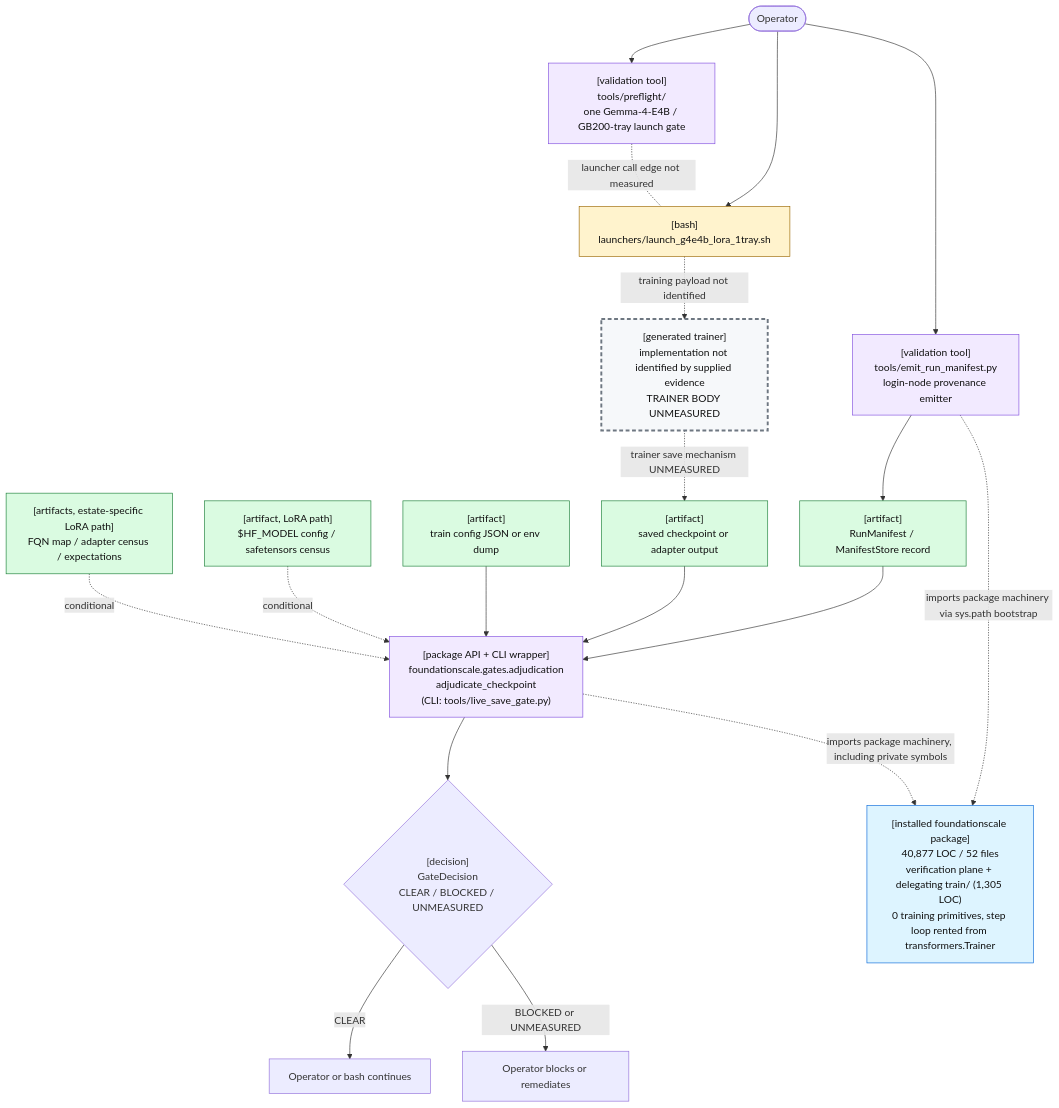
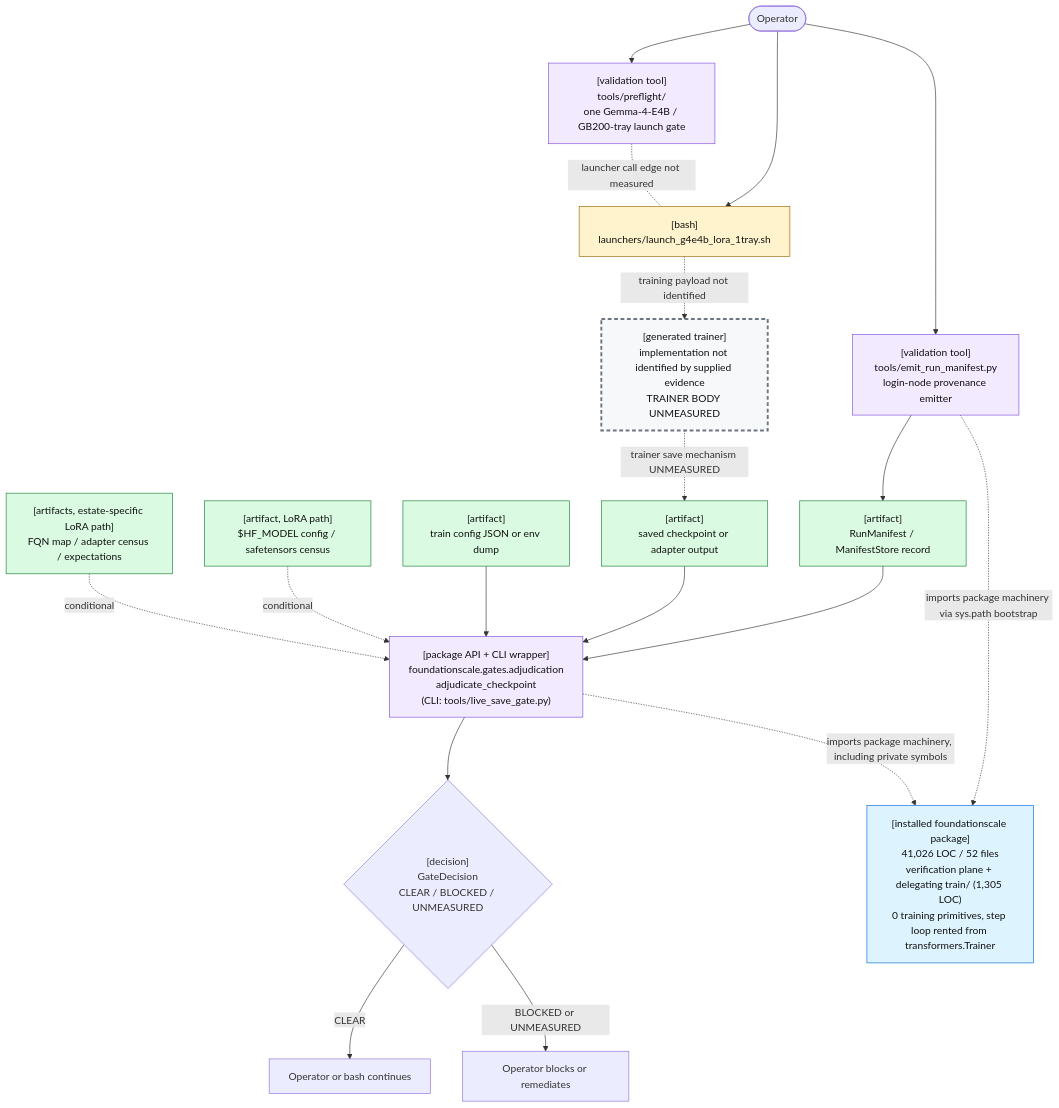
The first of 2 diagrams in docs/review/D2_current_architecture.md (TranNhiem/FoundationScale), drawn with Mermaid before and after one commit. The commit also changed other lines of this file and 13 other files, not shown here.

````diff
--- a/docs/review/D2_current_architecture.md
+++ b/docs/review/D2_current_architecture.md
@@ -25,59 +25,59 @@
 ```mermaid
 flowchart TB
   O(["Operator"])
 
   PF["[validation tool]<br/>tools/preflight/<br/>one Gemma-4-E4B / GB200-tray launch gate"]
   L["[bash]<br/>launchers/launch_g4e4b_lora_1tray.sh"]
 
   E["[validation tool]<br/>tools/emit_run_manifest.py<br/>login-node provenance emitter"]
   M["[artifact]<br/>RunManifest / ManifestStore record"]
 
   T["[generated trainer]<br/>implementation not identified by supplied evidence<br/>TRAINER BODY UNMEASURED"]
   C["[artifact]<br/>saved checkpoint or adapter output"]
 
   G["[package API + CLI wrapper]<br/>foundationscale.gates.adjudication<br/>adjudicate_checkpoint<br/>(CLI: tools/live_save_gate.py)"]
   CFG["[artifact]<br/>train config JSON or env dump"]
   BASE["[artifact, LoRA path]<br/>$HF_MODEL config / safetensors census"]
   CEN["[artifacts, estate-specific LoRA path]<br/>FQN map / adapter census / expectations"]
 
   D{"[decision]<br/>GateDecision<br/>CLEAR / BLOCKED / UNMEASURED"}
   OK["Operator or bash continues"]
   NO["Operator blocks or remediates"]
 
-  PKG["[installed foundationscale package]<br/>40,877 LOC / 52 files<br/>verification plane + delegating train/ (1,305 LOC)<br/>0 training primitives, step loop rented from transformers.Trainer"]
+  PKG["[installed foundationscale package]<br/>41,026 LOC / 52 files<br/>verification plane + delegating train/ (1,305 LOC)<br/>0 training primitives, step loop rented from transformers.Trainer"]
 
   O --> PF
   O --> L
   PF -. "launcher call edge not measured" .- L
 
   O --> E
   E --> M
 
   L -. "training payload not identified" .-> T
   T -. "trainer save mechanism UNMEASURED" .-> C
 
   M --> G
   C --> G
   CFG --> G
   BASE -. "conditional" .-> G
   CEN -. "conditional" .-> G
 
   E -. "imports package machinery via sys.path bootstrap" .-> PKG
   G -. "imports package machinery, including private symbols" .-> PKG
 
   G --> D
   D -->|"CLEAR"| OK
   D -->|"BLOCKED or UNMEASURED"| NO
 
   classDef bash fill:#fff3cd,stroke:#9a6700,color:#111;
   classDef tool fill:#f2eaff,stroke:#8250df,color:#111;
   classDef artifact fill:#dafbe1,stroke:#1a7f37,color:#111;
   classDef gap fill:#f6f8fa,stroke:#6e7781,stroke-width:3px,stroke-dasharray: 6 4,color:#111;
   classDef pkg fill:#ddf4ff,stroke:#0969da,color:#111;
 
   class L bash;
   class PF,E,G tool;
   class M,C,CFG,BASE,CEN artifact;
   class T gap;
   class PKG pkg;
 ```
````
